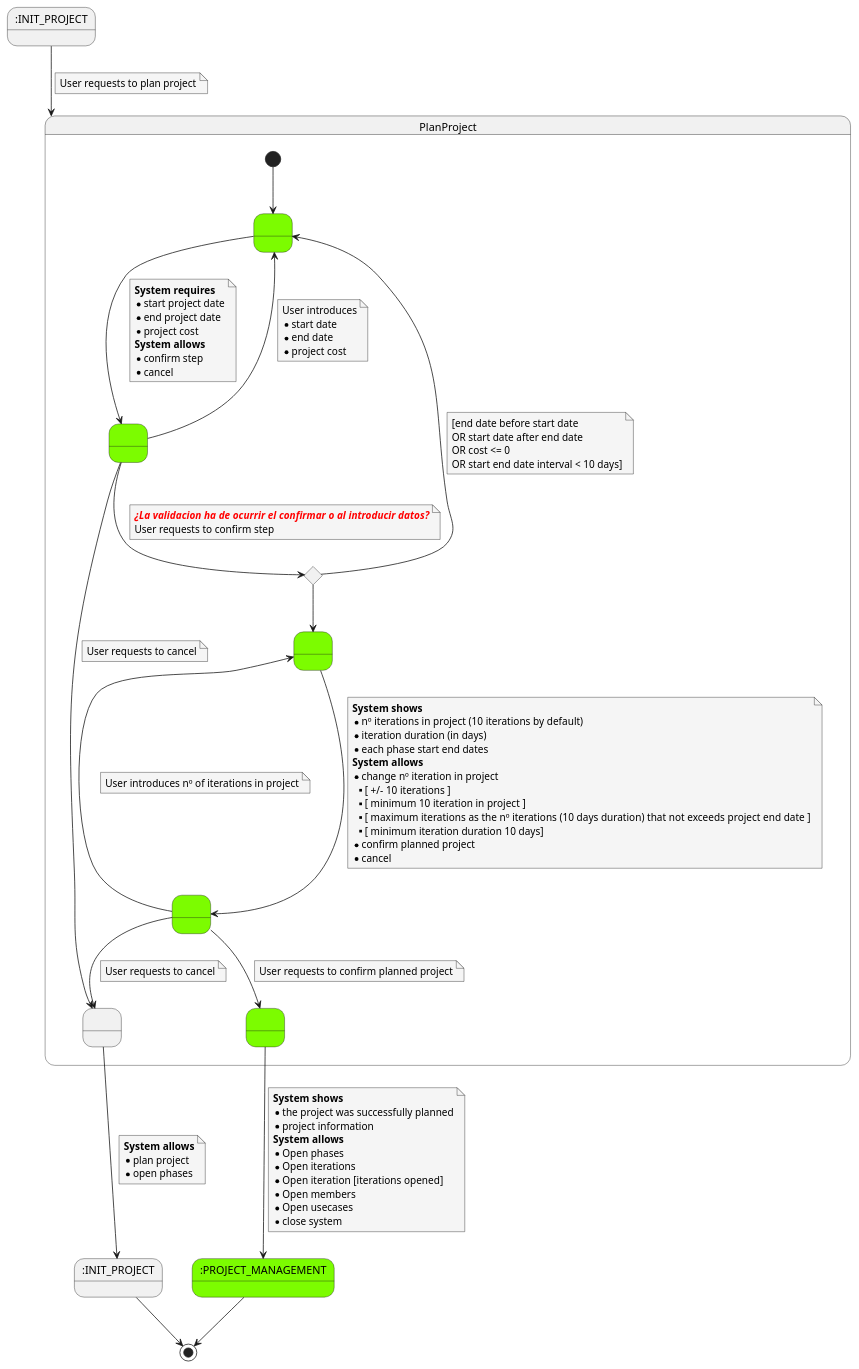
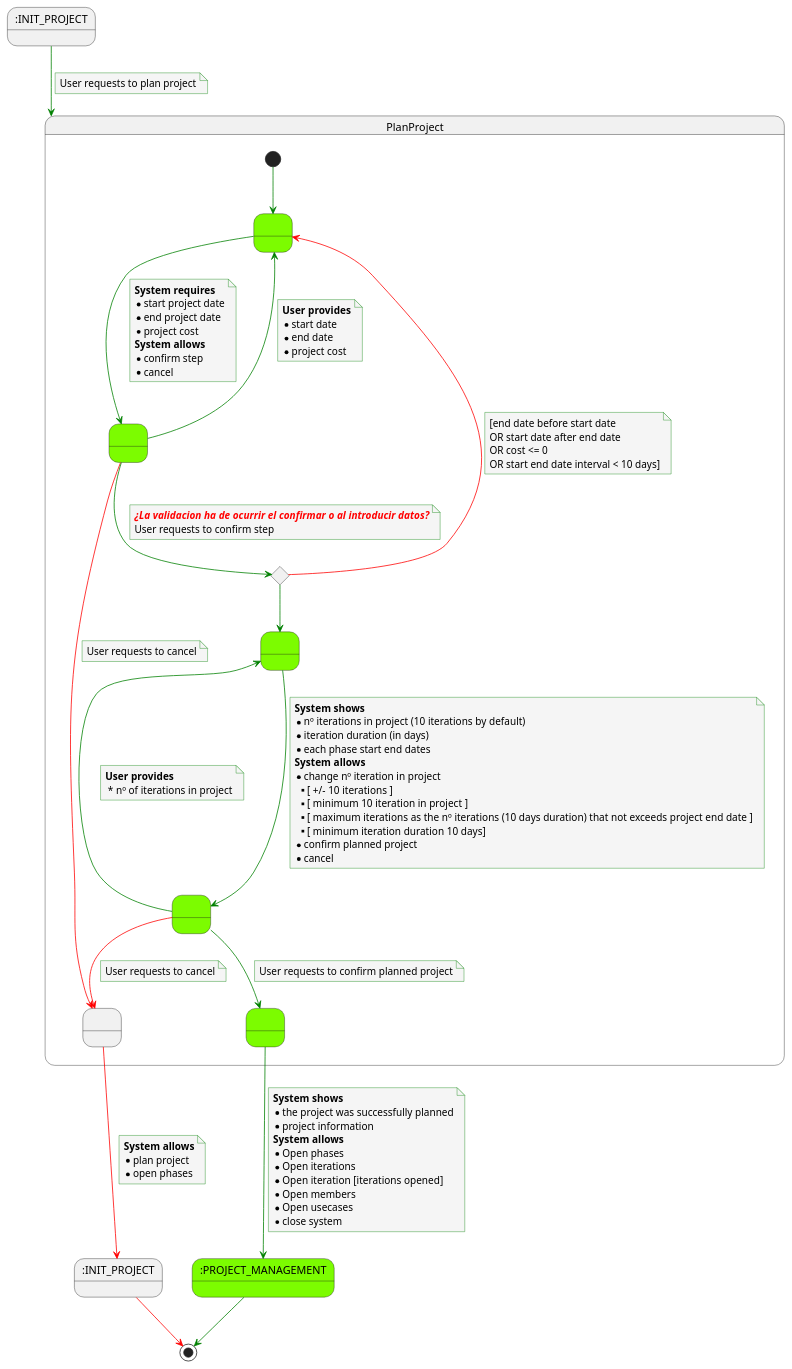
One commit to rup-projects/rup-projects changed the diagram in documentation/usecasesview/specifications/general/PlanProject.puml. Above: the diagram before and after it, drawn with PlantUML. The commit also changed 18 other files, not shown here.

Commit message:
Especificacion de caso de uso : añado skinParams, para remarcar el successfull flow, en vez de pintar los nodos en verde pintamos las flechas en verde,de modo que si es un camino de canceler o fallo de validacion la flecha se muestra en rojo. Queda mas claro de un vistazo cual es el camino principal

```diff
--- a/documentation/usecasesview/specifications/general/PlanProject.puml
+++ b/documentation/usecasesview/specifications/general/PlanProject.puml
@@ -1,126 +1,129 @@
 @startuml
 
-skinparam {
-    NoteBackgroundColor #whiteSmoke
-}
+    skinparam {
+        NoteBackgroundColor #whiteSmoke
+        ArrowColor #green
+        NoteBorderColor #green
+    }
 
 state PROJECT_MANAGEMENTEND as ":PROJECT_MANAGEMENT" #LawnGreen
 state INIT_PROJECTSTART as ":INIT_PROJECT"
 state INIT_PROJECTEND as ":INIT_PROJECT"
 
 INIT_PROJECTSTART --> PlanProject
 note on link
     User requests to plan project
 end note
 
 state PlanProject {
     state 1 as " " #LawnGreen
     state 2 as " " #LawnGreen
     state 3 <<choice>>
     state 4 as " " #LawnGreen
     state 5 as " " #LawnGreen
     state 6 as " " #LawnGreen
     state 10 as " "
 
     [*] --> 1
 
     1 --> 2
     note on link
     <b>System requires</b>
     * start project date
     * end project date
     * project cost
     <b>System allows</b>
     * confirm step
     * cancel
     end note
 
-    2 --> 10
+    2 -[#red]-> 10
     note on link
         User requests to cancel
     end note
 
     2 --> 1
     note on link
-        User introduces
+        <b>User provides</b>
         * start date
         * end date
         * project cost
     end note
 
     2 --> 3
     note on link
         <color:red><b>//¿La validacion ha de ocurrir el confirmar o al introducir datos?//</b></color>
         User requests to confirm step
     end note
 
-    3 --> 1
+    3 -[#red]-> 1
     note on link
         [end date before start date
         OR start date after end date
         OR cost <= 0
         OR start end date interval < 10 days]
     end note
 
     3 --> 4
 
     4 --> 5
     note on link
         <b>System shows</b>
         * nº iterations in project (10 iterations by default)
         * iteration duration (in days)
         * each phase start end dates
         <b>System allows</b>
         * change nº iteration in project
         **[ +/- 10 iterations ]
         **[ minimum 10 iteration in project ]
         **[ maximum iterations as the nº iterations (10 days duration) that not exceeds project end date ]
         **[ minimum iteration duration 10 days]
         * confirm planned project
         * cancel
     end note
 
-    5 --> 10
+    5 -[#red]-> 10
     note on link
         User requests to cancel
     end note
 
-    10 --> INIT_PROJECTEND
+    10 -[#red]-> INIT_PROJECTEND
     note on link
     <b>System allows</b>
     * plan project
     * open phases
     end note
 
     5 --> 4
     note on link
-        User introduces nº of iterations in project
+        <b>User provides</b>
+         * nº of iterations in project
     end note
 
     5 --> 6
     note on link
         User requests to confirm planned project
     end note
 
     6 --> PROJECT_MANAGEMENTEND
       note on link
               <b>System shows</b>
               * the project was successfully planned
               * project information
               <b>System allows</b>
               * Open phases
               * Open iterations
               * Open iteration [iterations opened]
               * Open members
               * Open usecases
               * close system
           end note
 }
 
-INIT_PROJECTEND --> [*]
+INIT_PROJECTEND -[#red]-> [*]
 PROJECT_MANAGEMENTEND --> [*]
 
 
 
 
 @enduml
```
